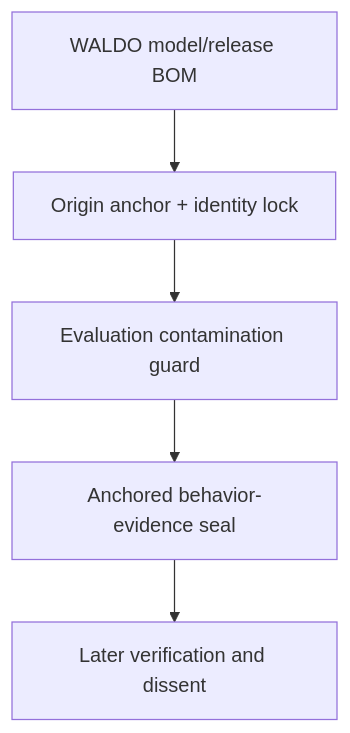
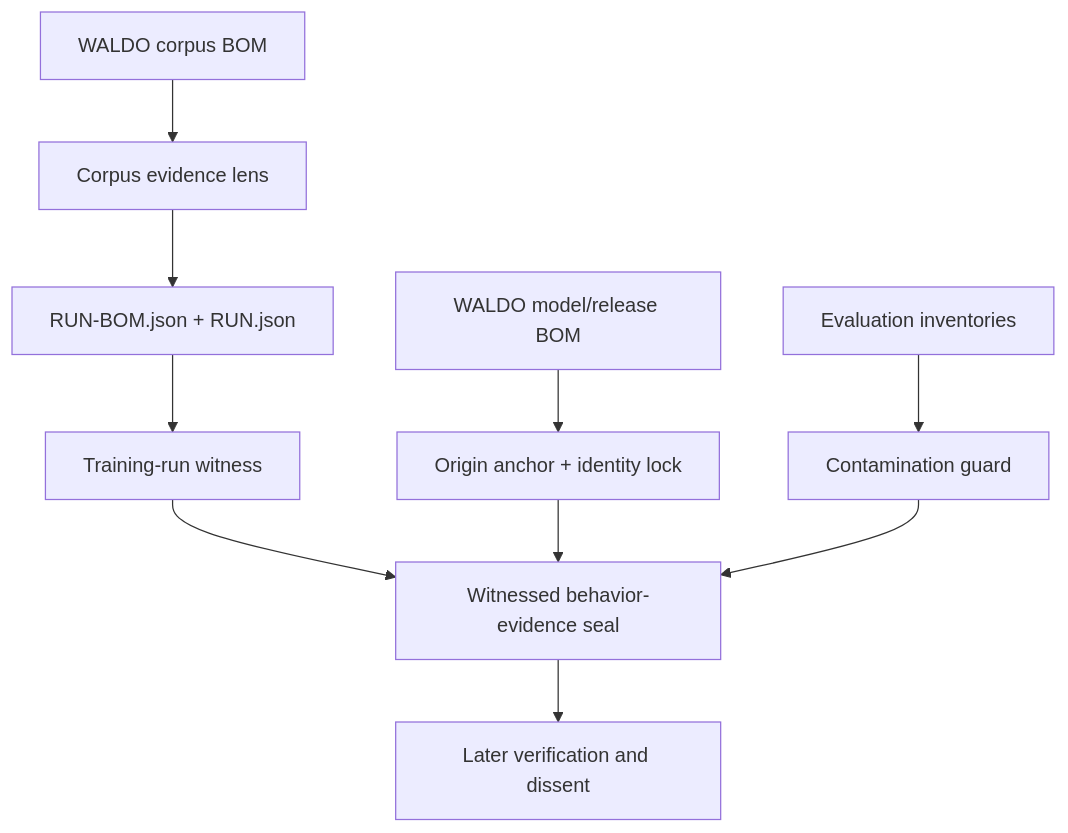
The diagram in AXM_MIRROR_EXPERIMENT.md (mike-axiom-mir/waldo-axm-mirror-research), drawn with Mermaid before and after one commit. The commit also changed other lines of this file and 16 other files, not shown here.

Commit message:
research: complete WALDO witness wave one

````diff
--- a/AXM_MIRROR_EXPERIMENT.md
+++ b/AXM_MIRROR_EXPERIMENT.md
@@ -29,7 +29,12 @@
 ```mermaid
 flowchart TD
-    A["WALDO model/release BOM"] --> B["Origin anchor + identity lock"]
-    B --> C["Evaluation contamination guard"]
-    C --> D["Anchored behavior-evidence seal"]
-    D --> E["Later verification and dissent"]
+    A["WALDO corpus BOM"] --> B["Corpus evidence lens"]
+    B --> C["RUN-BOM.json + RUN.json"]
+    C --> D["Training-run witness"]
+    E["WALDO model/release BOM"] --> F["Origin anchor + identity lock"]
+    D --> G["Witnessed behavior-evidence seal"]
+    F --> G
+    H["Evaluation inventories"] --> I["Contamination guard"]
+    I --> G
+    G --> J["Later verification and dissent"]
 ```
````
